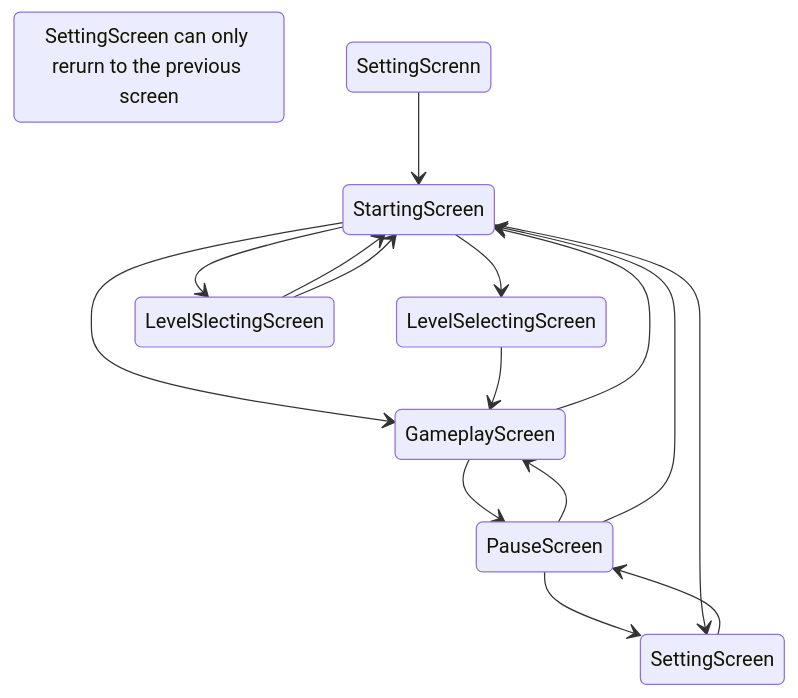
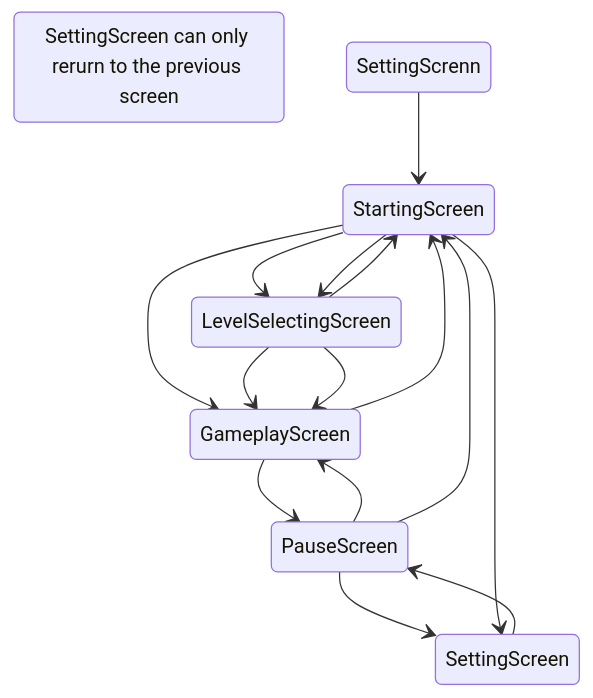
Before and after one commit to dRoycon/HS_SoftwareEngineeringProject: the diagram in screens/README.md, drawn with Mermaid.

Commit message:
modified:   screens/README.md

````diff
--- a/screens/README.md
+++ b/screens/README.md
@@ -4,25 +4,25 @@
 ``` mermaid
 stateDiagram-v2
 
     StartingScreen --> GameplayScreen
     GameplayScreen --> StartingScreen
 
     GameplayScreen --> PauseScreen
     PauseScreen --> GameplayScreen
 
     state  "SettingScreen can only rerurn to the previous screen" as s1
 
     PauseScreen --> StartingScreen
     PauseScreen --> SettingScreen
     SettingScreen --> PauseScreen
 
     LevelSelectingScreen --> GameplayScreen
-    StartingScreen --> LevelSlectingScreen
-    LevelSlectingScreen --> StartingScreen
-    LevelSlectingScreen --> StartingScreen
+    StartingScreen --> LevelSelectingScreen
+    LevelSelectingScreen --> StartingScreen
+    LevelSelectingScreen --> GameplayScreen
     StartingScreen --> LevelSelectingScreen
 
     StartingScreen --> SettingScreen
     SettingScrenn --> StartingScreen
 
 ```
````
